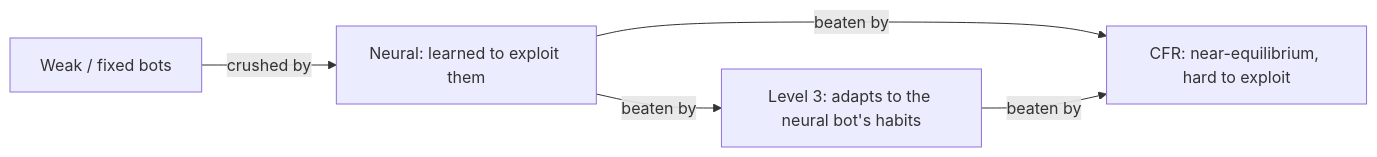
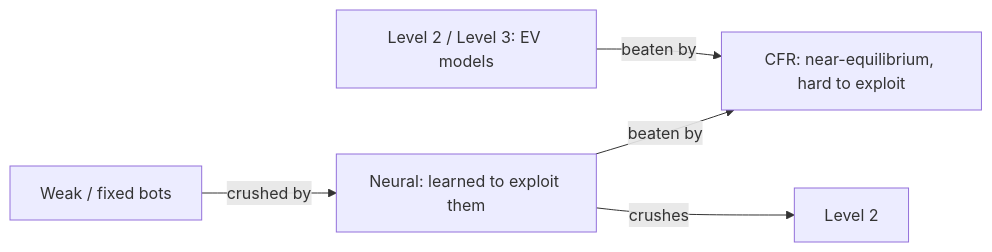
The second of 2 diagrams in docs/TECHNICAL_REPORT.md (THE-LEGEND-SKAG/poker_bot), drawn with Mermaid before and after one commit. The commit also changed other lines of this file and 6 other files, not shown here.

````diff
--- a/docs/TECHNICAL_REPORT.md
+++ b/docs/TECHNICAL_REPORT.md
@@ -469,7 +469,7 @@
 ```mermaid
 flowchart LR
     W[Weak / fixed bots] -->|crushed by| N[Neural: learned to exploit them]
-    N -->|beaten by| X[Level 3: adapts to the neural bot's habits]
     N -->|beaten by| G[CFR: near-equilibrium, hard to exploit]
-    X -->|beaten by| G
+    X[Level 2 / Level 3: EV models] -->|beaten by| G
+    N -->|crushes| X2[Level 2]
 ```
````
